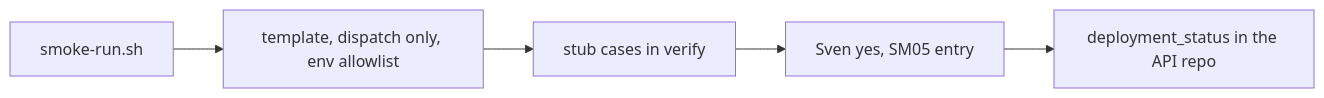
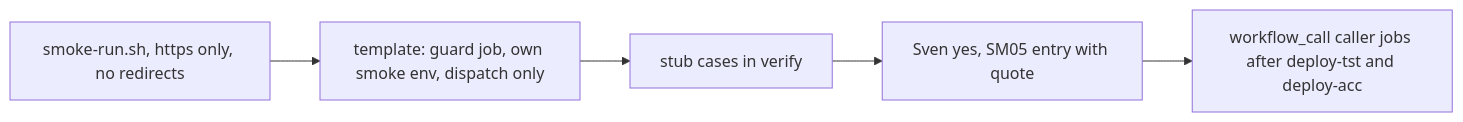
The second of 2 diagrams in docs/pbi/smoke/SM03.md (svennijhuis/agentic-workflows), drawn with Mermaid before and after one commit. The commit also changed other lines of this file and 6 other files, not shown here.

Commit message:
docs(pbi): smoke SM03-SM07, Cursor review fixes at 3c65a17, workflow_call instead of deployment_status (nonprod), own smoke environment

````diff
--- a/docs/pbi/smoke/SM03.md
+++ b/docs/pbi/smoke/SM03.md
@@ -68,7 +78,7 @@
 ```mermaid
 flowchart LR
-  S1[smoke-run.sh] --> S2[template, dispatch only, env allowlist]
+  S1[smoke-run.sh, https only, no redirects] --> S2[template: guard job, own smoke env, dispatch only]
   S2 --> S3[stub cases in verify]
-  S3 --> S4[Sven yes, SM05 entry]
-  S4 --> S5[deployment_status in the API repo]
+  S3 --> S4[Sven yes, SM05 entry with quote]
+  S4 --> S5[workflow_call caller jobs after deploy-tst and deploy-acc]
 ```
````
